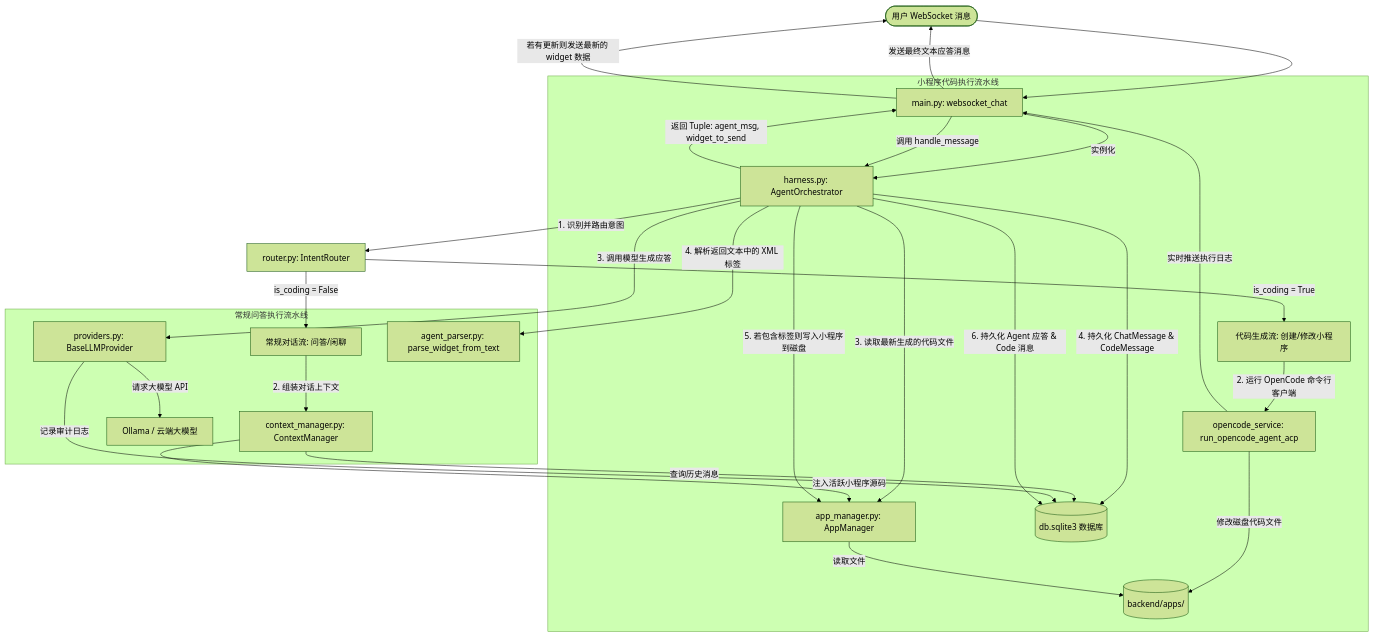
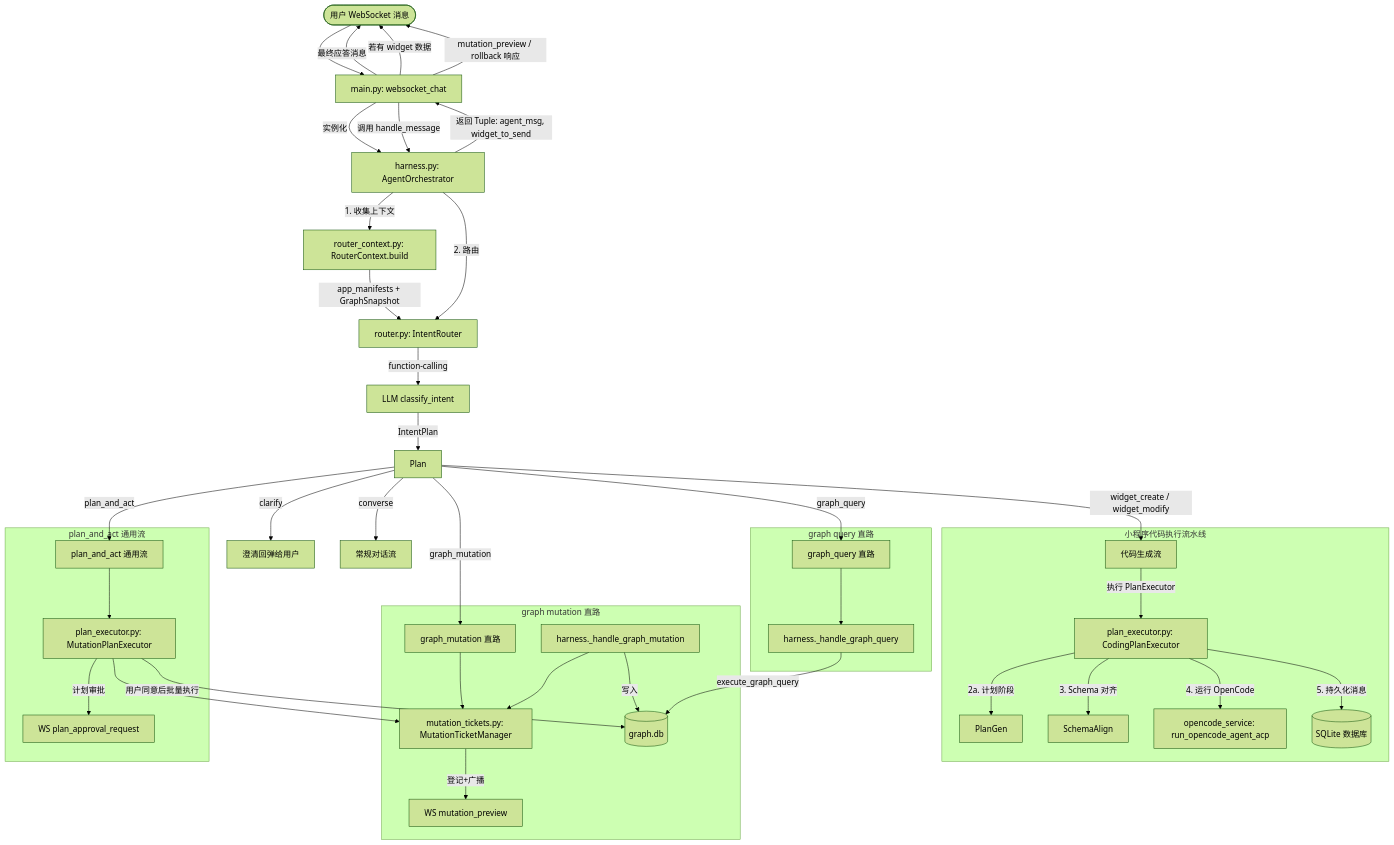
One commit to BillShiyaoZhang/ambient-agent changed the second of 2 diagrams in backend/agent/harness.md. Above: the diagram before and after it, drawn with Mermaid (forest theme). The commit also changed other lines of this file and 65 other files, not shown here.

First line of the commit message:
Add graph routing and rollback

````diff
--- a/backend/agent/harness.md
+++ b/backend/agent/harness.md
@@ -83,37 +83,55 @@
 ```mermaid
 graph TD
     User([用户 WebSocket 消息]) --> WS[main.py: websocket_chat]
     WS -->|实例化| Orch[harness.py: AgentOrchestrator]
     WS -->|调用 handle_message| Orch
-    
-    Orch -->|1. 识别并路由意图| Router[router.py: IntentRouter]
-    Router -->|is_coding = True| CodingFlow[代码生成流: 创建/修改小程序]
-    Router -->|is_coding = False| ConvFlow[常规对话流: 问答/闲聊]
-    
+
+    Orch -->|1. 收集上下文| CtxBuild[router_context.py: RouterContext.build]
+    CtxBuild -->|app_manifests + GraphSnapshot| Router
+    Orch -->|2. 路由| Router[router.py: IntentRouter]
+    Router -->|function-calling| LLMR[LLM classify_intent]
+    LLMR -->|IntentPlan| Plan
+
+    Plan -->|widget_create / widget_modify| CodingFlow[代码生成流]
+    Plan -->|graph_mutation| MutFlow[graph_mutation 直路]
+    Plan -->|graph_query| QueryFlow[graph_query 直路]
+    Plan -->|plan_and_act| PlanFlow[plan_and_act 通用流]
+    Plan -->|clarify| ClarifyFlow[澄清回弹给用户]
+    Plan -->|converse| ConvFlow[常规对话流]
+
     %% 代码生成流
     subgraph Coding Pipeline [小程序代码执行流水线]
-        CodingFlow -->|2. 运行 OpenCode 命令行客户端| OC[opencode_service: run_opencode_agent_acp]
-        OC -->|实时推送执行日志| WS
-        OC -->|修改磁盘代码文件| AppsDir[(backend/apps/)]
-        Orch -->|3. 读取最新生成的代码文件| AppMgr[app_manager.py: AppManager]
-        AppMgr -->|读取文件| AppsDir
-        Orch -->|4. 持久化 ChatMessage & CodeMessage| DB[(db.sqlite3 数据库)]
+        CodingFlow -->|执行 PlanExecutor| CodingExec[plan_executor.py: CodingPlanExecutor]
+        CodingExec -->|2a. 计划阶段| PlanGen
+        CodingExec -->|3. Schema 对齐| SchemaAlign
+        CodingExec -->|4. 运行 OpenCode| OC[opencode_service: run_opencode_agent_acp]
+        CodingExec -->|5. 持久化消息| DB[(SQLite 数据库)]
     end
-    
-    %% 常规对话流
-    subgraph Conversational Pipeline [常规问答执行流水线]
-        ConvFlow -->|2. 组装对话上下文| ContextMgr[context_manager.py: ContextManager]
-        ContextMgr -->|查询历史消息| DB
-        ContextMgr -->|注入活跃小程序源码| AppMgr
-        Orch -->|3. 调用模型生成应答| Provider[providers.py: BaseLLMProvider]
-        Provider -->|请求大模型 API| LLM[Ollama / 云端大模型]
-        Provider -->|记录审计日志| DB
-        Orch -->|4. 解析返回文本中的 XML 标签| Parser[agent_parser.py: parse_widget_from_text]
-        Orch -->|5. 若包含标签则写入小程序到磁盘| AppMgr
-        Orch -->|6. 持久化 Agent 应答 & Code 消息| DB
+
+    %% graph_mutation 流
+    subgraph Mutation Pipeline [graph mutation 直路]
+        MutFlow --> MutMgr[mutation_tickets.py: MutationTicketManager]
+        MutExec[harness._handle_graph_mutation] -->|写入| GraphDb[(graph.db)]
+        MutExec --> MutMgr
+        MutMgr -->|登记+广播| WSPreview[WS mutation_preview]
+    end
+
+    %% graph_query 流
+    subgraph Query Pipeline [graph query 直路]
+        QueryFlow --> QExec[harness._handle_graph_query]
+        QExec -->|execute_graph_query| GraphDb
+    end
+
+    %% plan_and_act 流
+    subgraph Plan_and_Act Pipeline [plan_and_act 通用流]
+        PlanFlow --> MutPlanExec[plan_executor.py: MutationPlanExecutor]
+        MutPlanExec -->|计划审批| WSApproval[WS plan_approval_request]
+        MutPlanExec -->|用户同意后批量执行| GraphDb
+        MutPlanExec --> MutMgr
     end
 
     Orch -->|返回 Tuple: agent_msg, widget_to_send| WS
-    WS -->|发送最终文本应答消息| User
-    WS -->|若有更新则发送最新的 widget 数据| User
+    WS -->|最终应答消息| User
+    WS -->|若有 widget 数据| User
+    WS -->|mutation_preview / rollback 响应| User
 ```
````
